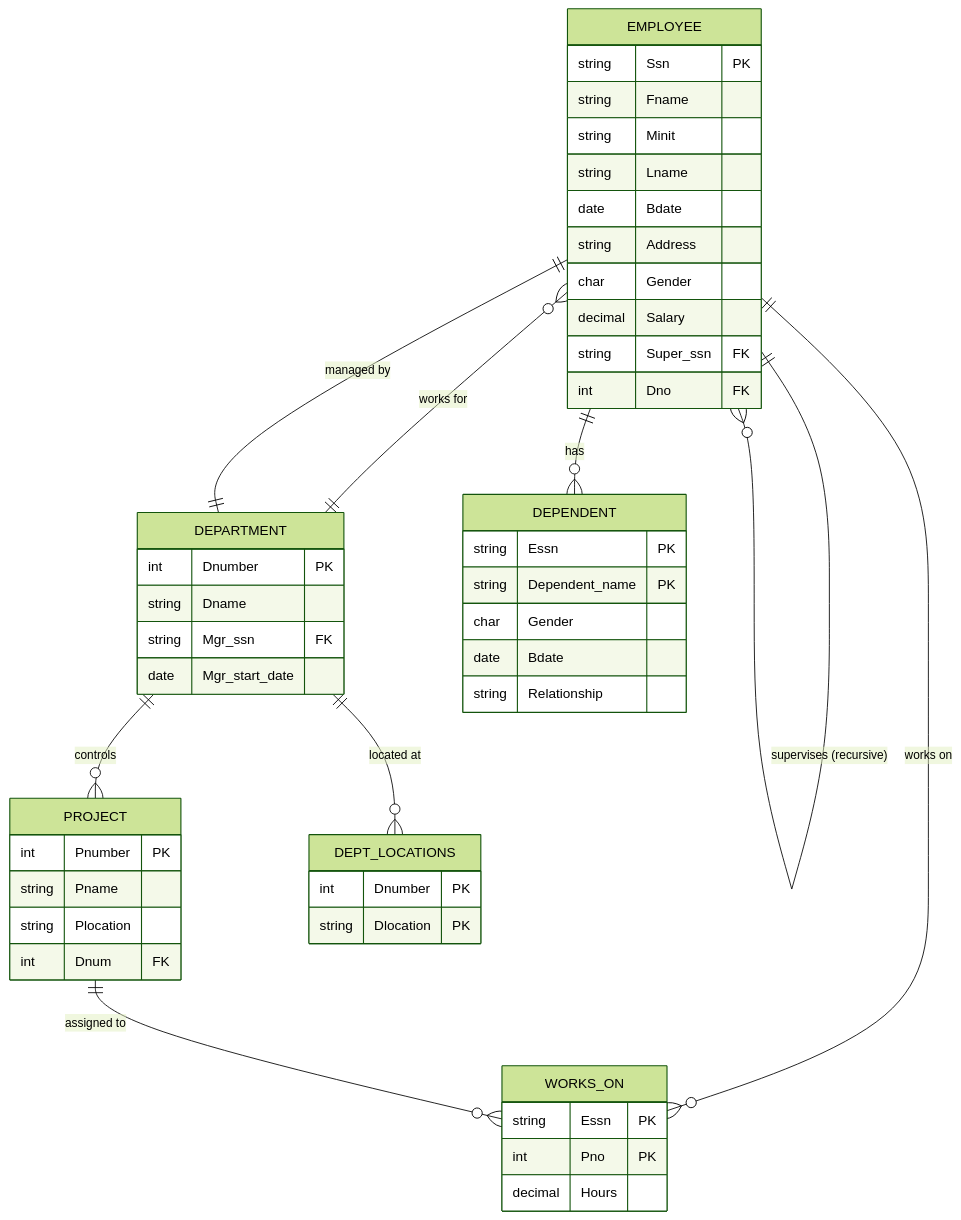
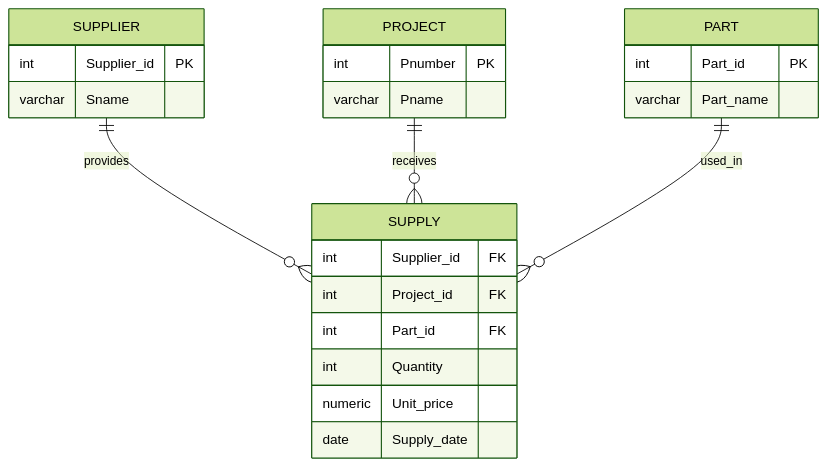
The ninth of 9 diagrams in part-02-data-modeling/ch03-er-modeling.qmd (HusseinYounis/database), drawn with Mermaid (forest theme) before and after one commit. The commit also changed other lines of this file and 57 other files, not shown here.

Commit message:
ch03: enhance ER-to-relational mapping, min-max examples, Crow's Foot section, and add new images

````diff
--- a/part-02-data-modeling/ch03-er-modeling.qmd
+++ b/part-02-data-modeling/ch03-er-modeling.qmd
@@ -276,54 +1697,29 @@
 ```{mermaid}
 %%| eval: true
 %%| echo: false
+%%| fig-align: center
 erDiagram
-    EMPLOYEE {
-        string Ssn PK
-        string Fname
-        string Minit
-        string Lname
-        date   Bdate
-        string Address
-        char   Gender
-        decimal Salary
-        string Super_ssn FK
-        int    Dno FK
-    }
-    DEPARTMENT {
-        int    Dnumber PK
-        string Dname
-        string Mgr_ssn FK
-        date   Mgr_start_date
+    SUPPLIER {
+        int Supplier_id PK
+        varchar Sname
     }
     PROJECT {
-        int    Pnumber PK
-        string Pname
-        string Plocation
-        int    Dnum FK
+        int Pnumber PK
+        varchar Pname
     }
-    DEPENDENT {
-        string Essn PK
-        string Dependent_name PK
-        char   Gender
-        date   Bdate
-        string Relationship
+    PART {
+        int Part_id PK
+        varchar Part_name
     }
-    DEPT_LOCATIONS {
-        int    Dnumber PK
-        string Dlocation PK
+    SUPPLY {
+        int Supplier_id FK
+        int Project_id  FK
+        int Part_id     FK
+        int Quantity
+        numeric Unit_price
+        date Supply_date
     }
-    WORKS_ON {
-        string Essn PK
-        int    Pno PK
-        decimal Hours
-    }
-
-    EMPLOYEE ||--o{ EMPLOYEE        : "supervises (recursive)"
-    EMPLOYEE }o--|| DEPARTMENT      : "works for"
-    DEPARTMENT ||--|| EMPLOYEE      : "managed by"
-    DEPARTMENT ||--o{ DEPT_LOCATIONS : "located at"
-    DEPARTMENT ||--o{ PROJECT       : "controls"
-    EMPLOYEE ||--o{ WORKS_ON        : "works on"
-    PROJECT  ||--o{ WORKS_ON        : "assigned to"
-    EMPLOYEE ||--o{ DEPENDENT       : "has"
+    SUPPLIER ||--o{ SUPPLY : "provides"
+    PROJECT  ||--o{ SUPPLY : "receives"
+    PART     ||--o{ SUPPLY : "used_in"
 ```
````
